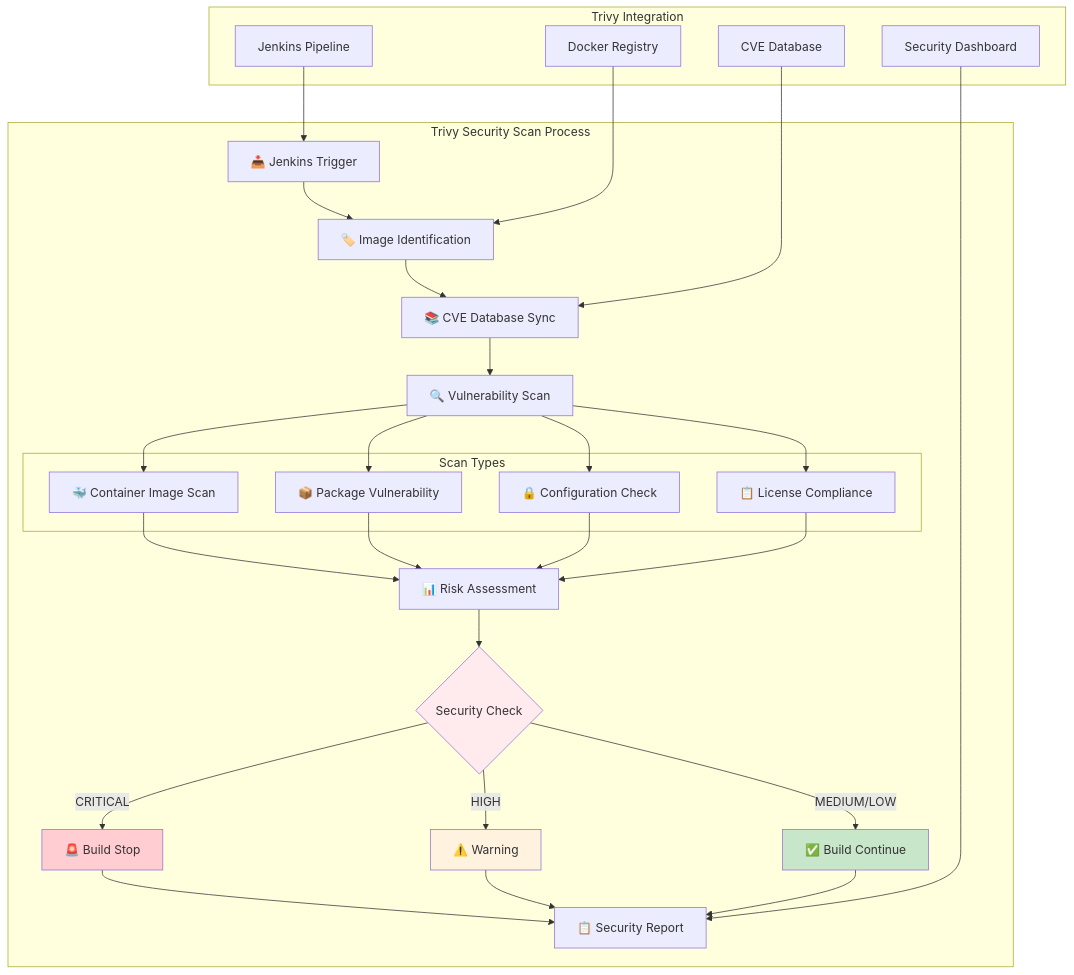
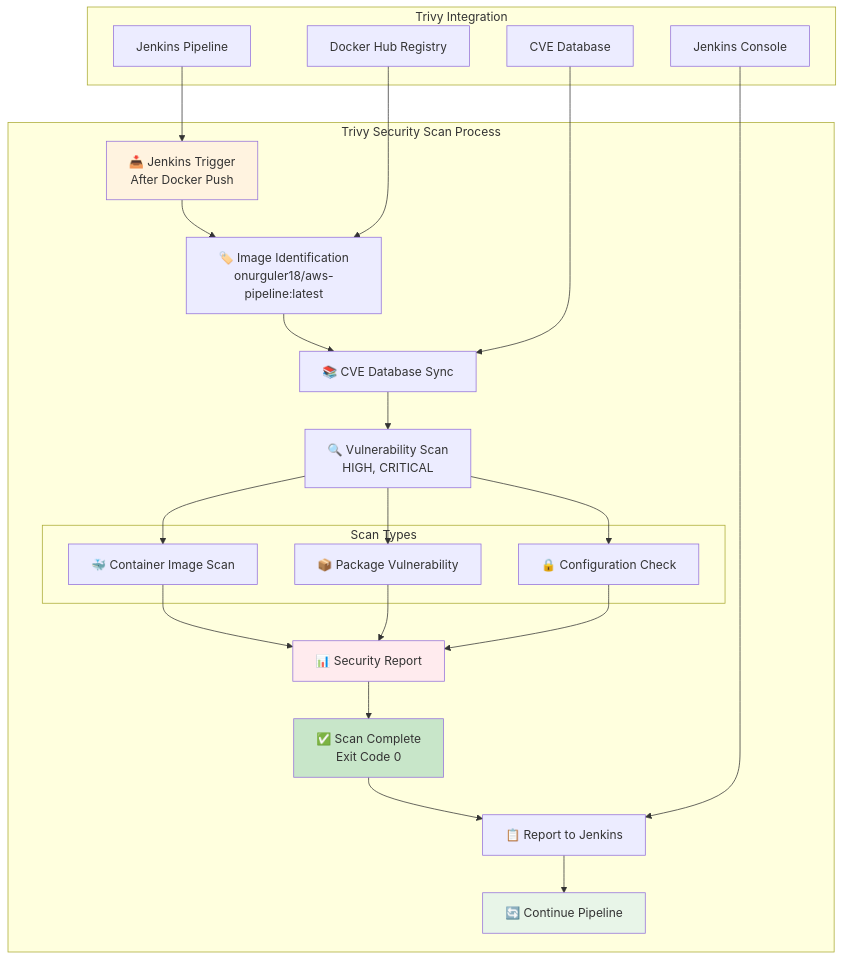
One commit to onurglr/aws-pipeline changed the fifth of 9 diagrams in detailed-devops-diagrams.md. Above: the diagram before and after it, drawn with Mermaid. The commit also changed other lines of this file and 1 other file, not shown here.

````diff
--- a/detailed-devops-diagrams.md
+++ b/detailed-devops-diagrams.md
@@ -186,46 +181,38 @@
 ```mermaid
 graph TB
     subgraph "Trivy Security Scan Process"
-        A[📥 Jenkins Trigger] --> B[🏷️ Image Identification]
+        A[📥 Jenkins Trigger<br/>After Docker Push] --> B[🏷️ Image Identification<br/>onurguler18/aws-pipeline:latest]
         B --> C[📚 CVE Database Sync]
-        C --> D[🔍 Vulnerability Scan]
+        C --> D[🔍 Vulnerability Scan<br/>HIGH, CRITICAL]
         
         subgraph "Scan Types"
             D1[🐳 Container Image Scan]
             D2[📦 Package Vulnerability]
             D3[🔒 Configuration Check]
-            D4[📋 License Compliance]
         end
         
         D --> D1
         D --> D2
         D --> D3
-        D --> D4
         
-        D1 --> E[📊 Risk Assessment]
+        D1 --> E[📊 Security Report]
         D2 --> E
         D3 --> E
-        D4 --> E
         
-        E --> F{Security Check}
-        F -->|CRITICAL| G[🚨 Build Stop]
-        F -->|HIGH| H[⚠️ Warning]
-        F -->|MEDIUM/LOW| I[✅ Build Continue]
-        
-        G --> J[📋 Security Report]
-        H --> J
-        I --> J
+        E --> F[✅ Scan Complete<br/>Exit Code 0]
+        F --> G[📋 Report to Jenkins]
+        G --> H[🔄 Continue Pipeline]
     end
     
     subgraph "Trivy Integration"
-        K[Jenkins Pipeline] --> A
-        L[Docker Registry] --> B
-        M[CVE Database] --> C
-        N[Security Dashboard] --> J
+        I[Jenkins Pipeline] --> A
+        J[Docker Hub Registry] --> B
+        K[CVE Database] --> C
+        L[Jenkins Console] --> G
     end
     
-    style F fill:#ffebee
-    style G fill:#ffcdd2
-    style H fill:#fff3e0
-    style I fill:#c8e6c9
+    style A fill:#fff3e0
+    style E fill:#ffebee
+    style F fill:#c8e6c9
+    style H fill:#e8f5e8
 ```
````
